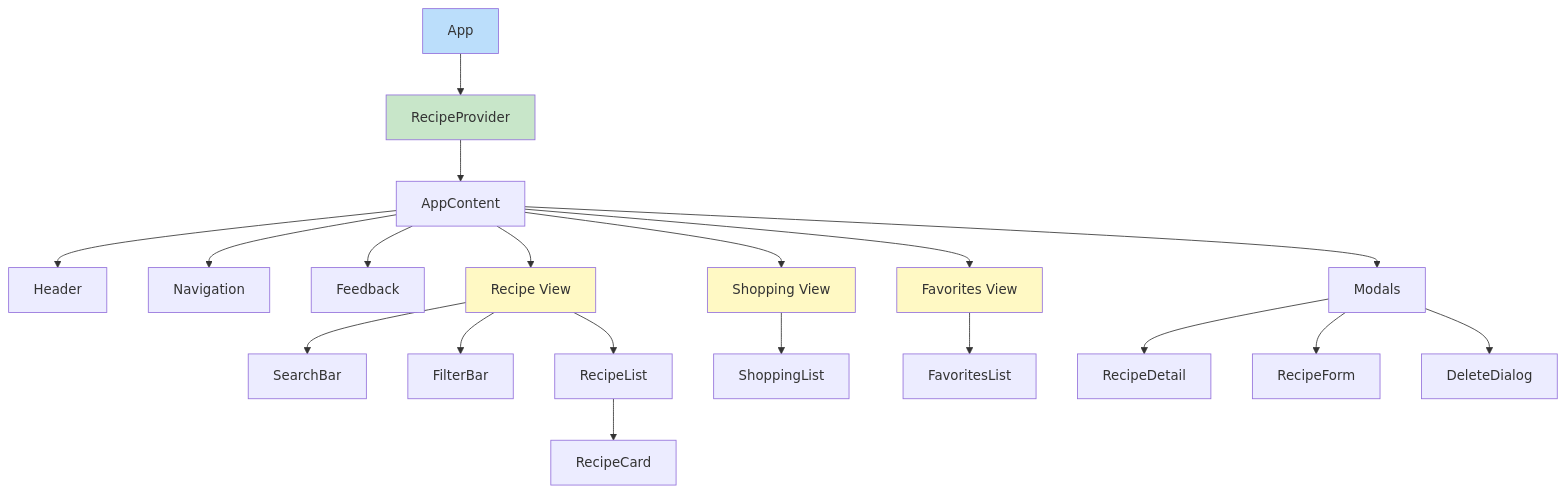
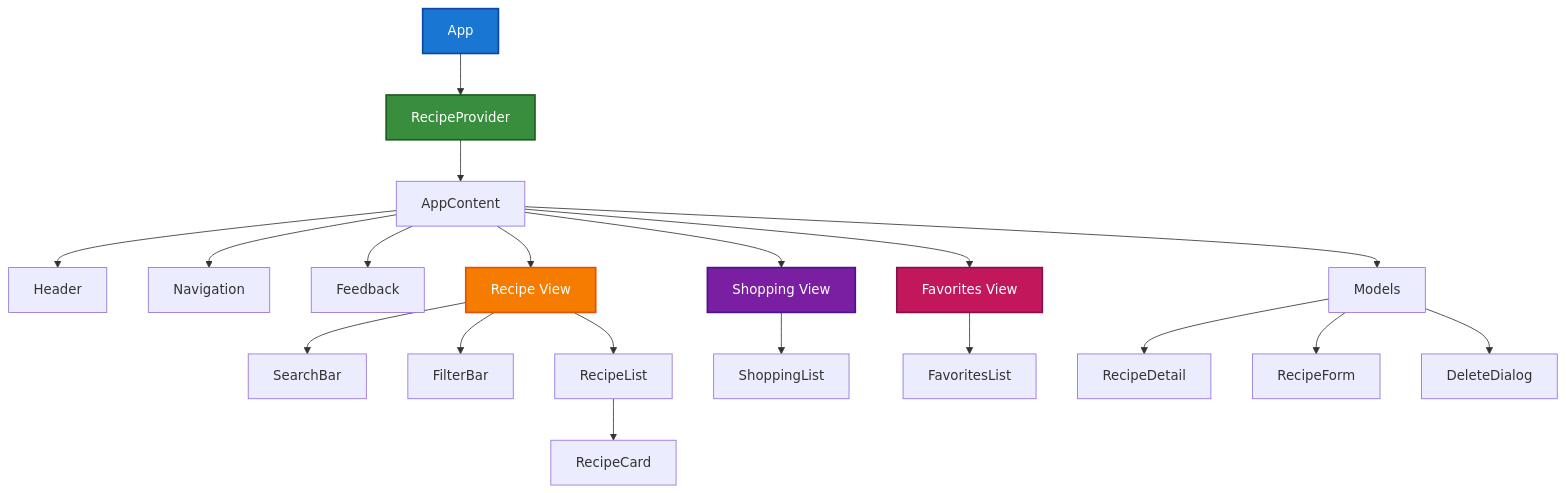
Before and after one commit to jajecnikmarci/kliensoldali-NHF: the second of 15 diagrams in README.md, drawn with Mermaid. The commit also changed other lines of this file, not shown here.

````diff
--- a/README.md
+++ b/README.md
@@ -135,35 +137,35 @@
 ```mermaid
 flowchart TD
     App[App]
     Provider[RecipeProvider]
     AppContent[AppContent]
     
     App --> Provider
     Provider --> AppContent
     
     AppContent --> Header
     AppContent --> Navigation
     AppContent --> Feedback
     AppContent --> RecipeView[Recipe View]
     AppContent --> ShoppingView[Shopping View]
     AppContent --> FavView[Favorites View]
-    AppContent --> Modals
+    AppContent --> Models
     
     RecipeView --> SearchBar
     RecipeView --> FilterBar
     RecipeView --> RecipeList
     RecipeList --> RecipeCard
     
     ShoppingView --> ShoppingList
     FavView --> FavoritesList
     
-    Modals --> RecipeDetail
-    Modals --> RecipeForm
-    Modals --> DeleteDialog
+    Models --> RecipeDetail
+    Models --> RecipeForm
+    Models --> DeleteDialog
     
-    style App fill:#bbdefb
-    style Provider fill:#c8e6c9
-    style RecipeView fill:#fff9c4
-    style ShoppingView fill:#fff9c4
-    style FavView fill:#fff9c4
+    style App fill:#1976d2,stroke:#0d47a1,stroke-width:2px,color:#fff
+    style Provider fill:#388e3c,stroke:#1b5e20,stroke-width:2px,color:#fff
+    style RecipeView fill:#f57c00,stroke:#e65100,stroke-width:2px,color:#fff
+    style ShoppingView fill:#7b1fa2,stroke:#4a148c,stroke-width:2px,color:#fff
+    style FavView fill:#c2185b,stroke:#880e4f,stroke-width:2px,color:#fff
 ```
````
